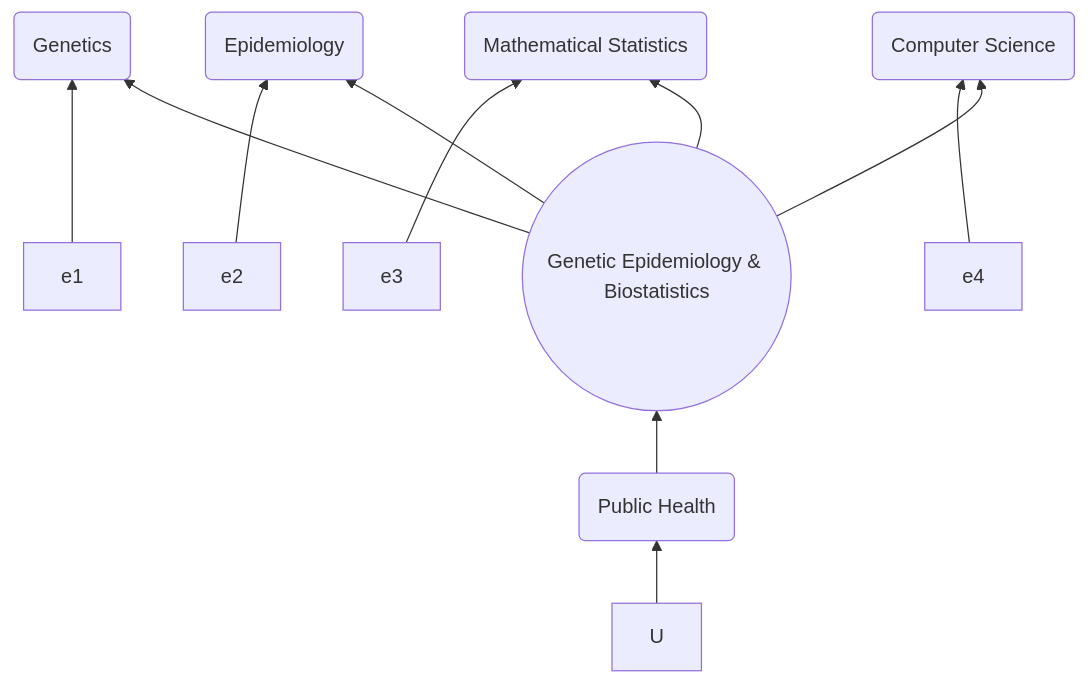
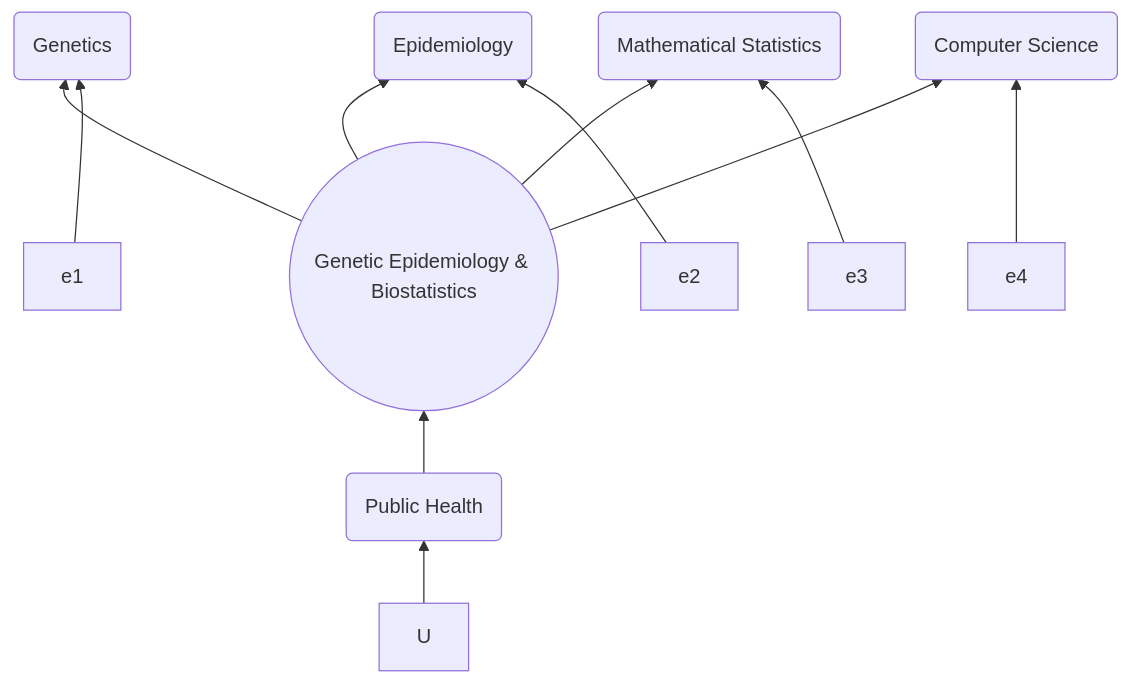
One commit to jinghuazhao/jinghuazhao.github.io changed the diagram in docs/research.md. Above: the diagram before and after it, drawn with Mermaid. The commit also changed other lines of this file and 1 other file, not shown here.

````diff
--- a/docs/research.md
+++ b/docs/research.md
@@ -50,13 +50,13 @@
 ```mermaid
 graph BT;
+U --> A(Public Health);
+A(Public Health) --> B((Genetic Epidemiology & Biostatistics));
+B((Genetic Epidemiology & Biostatistics)) --> F1(Genetics);
+B((Genetic Epidemiology & Biostatistics)) --> F2(Epidemiology);
+B((Genetic Epidemiology & Biostatistics)) --> F3(Mathematical Statistics);
+B((Genetic Epidemiology & Biostatistics)) --> F4(Computer Science);
 e1 --> F1(Genetics);
 e2 --> F2(Epidemiology);
 e3 --> F3(Mathematical Statistics);
 e4 --> F4(Computer Science);
-B((Genetic Epidemiology & Biostatistics)) --> F1(Genetics);
-B((Genetic Epidemiology & Biostatistics)) --> F2(Epidemiology);
-B((Genetic Epidemiology & Biostatistics)) --> F3(Mathematical Statistics);
-B((Genetic Epidemiology & Biostatistics)) --> F4(Computer Science);
-A(Public Health) --> B((Genetic Epidemiology & Biostatistics));
-U --> A(Public Health);
 ```
````
